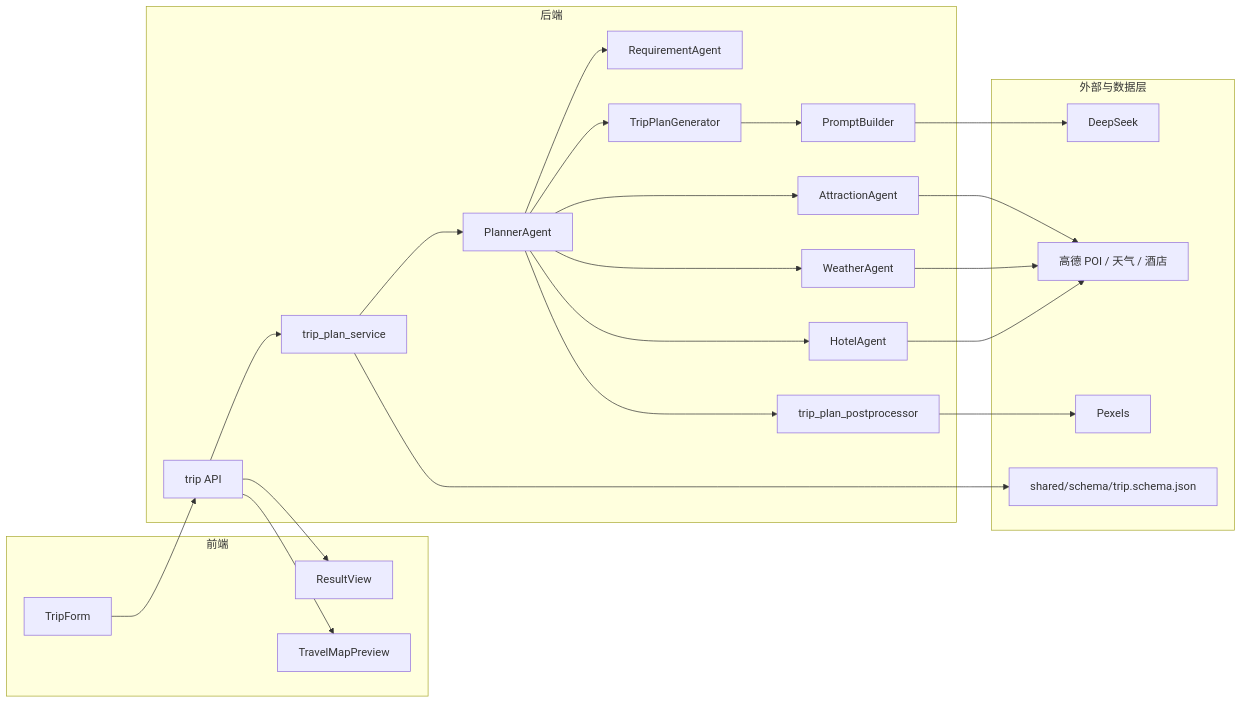
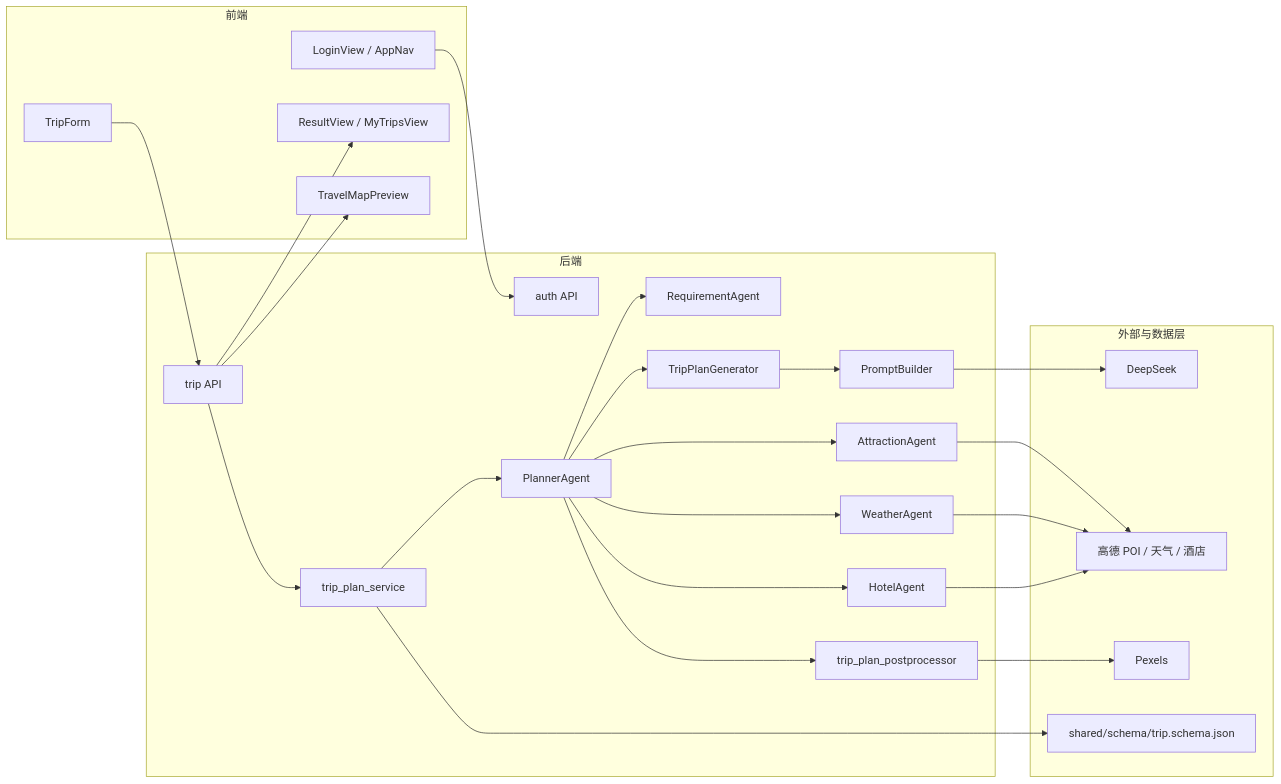
The second of 2 diagrams in README.md (Ping-z330/travel_assistant), drawn with Mermaid before and after one commit. The commit also changed other lines of this file and 27 other files, not shown here.

````diff
--- a/README.md
+++ b/README.md
@@ -64,44 +73,47 @@
 ```mermaid
 flowchart LR
     subgraph Frontend[前端]
+        F0[LoginView / AppNav]
         F1[TripForm]
-        F2[ResultView]
+        F2[ResultView / MyTripsView]
         F3[TravelMapPreview]
     end
 
     subgraph Backend[后端]
+        B0[auth API]
         B1[trip API]
         B2[trip_plan_service]
         B3[PlannerAgent]
         B4[RequirementAgent]
         B5[AttractionAgent]
         B6[WeatherAgent]
         B7[HotelAgent]
         B8[TripPlanGenerator]
         B9[PromptBuilder]
         B10[trip_plan_postprocessor]
     end
 
     subgraph Services[外部与数据层]
         S1[DeepSeek]
         S2[高德 POI / 天气 / 酒店]
         S3[Pexels]
         S4[shared/schema/trip.schema.json]
     end
 
+    F0 --> B0
     F1 --> B1 --> B2 --> B3
     B3 --> B4
     B3 --> B5
     B3 --> B6
     B3 --> B7
     B3 --> B8
     B8 --> B9 --> S1
     B5 --> S2
     B6 --> S2
     B7 --> S2
     B3 --> B10
     B10 --> S3
     B2 --> S4
     B1 --> F2
     B1 --> F3
 ```
````
